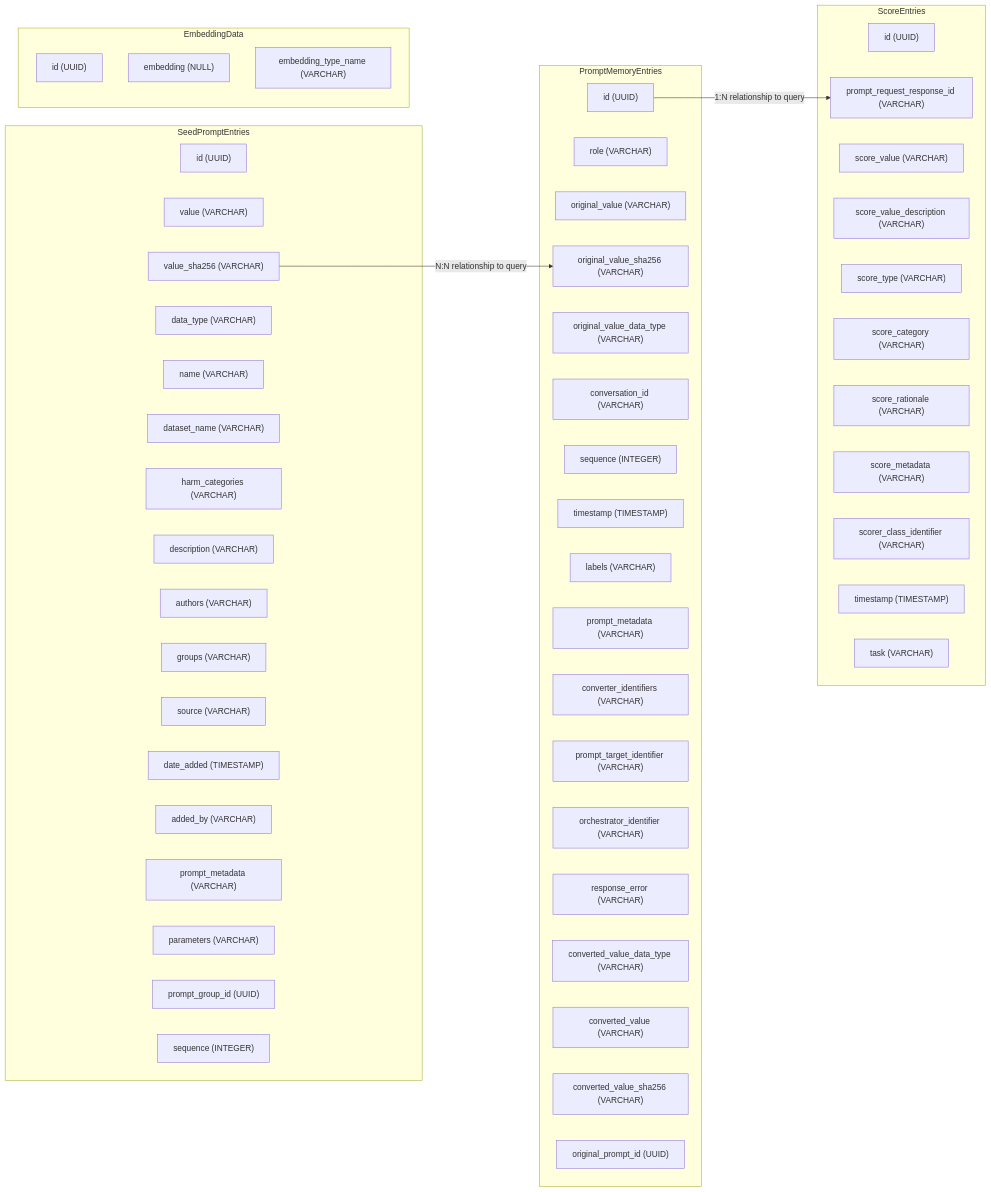
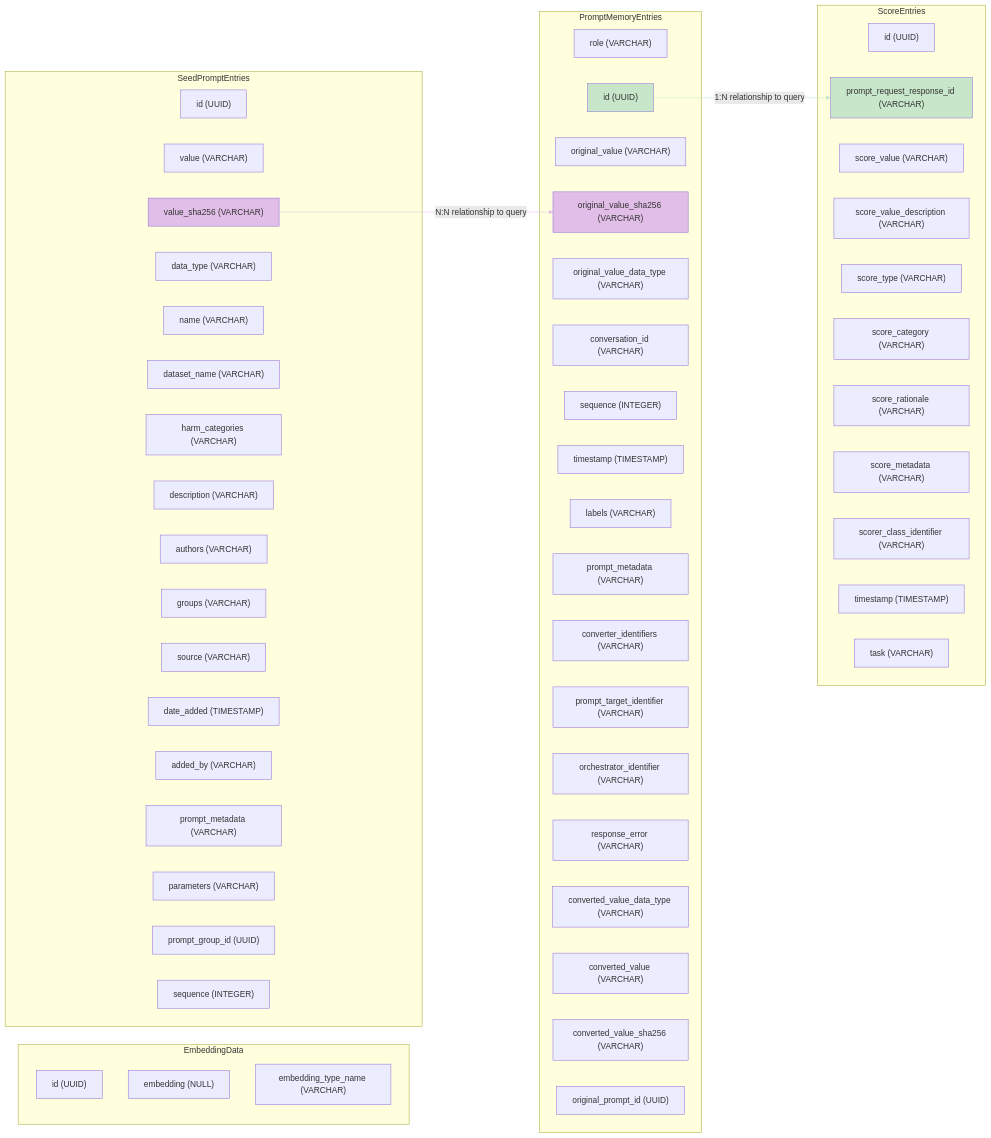
Before and after one commit to Azure/PyRIT: the diagram in doc/code/memory/10_schema_diagram.md, drawn with Mermaid.

Commit message:
Diagram added colors and pre-commit fix

````diff
--- a/doc/code/memory/10_schema_diagram.md
+++ b/doc/code/memory/10_schema_diagram.md
@@ -3,69 +5,69 @@
 ```mermaid
-graph LR
-    subgraph SeedPromptEntries
+flowchart LR
+ subgraph EmbeddingData["EmbeddingData"]
+        E_id["id (UUID)"]
+        E_embedding["embedding (NULL)"]
+        E_embedding_type_name["embedding_type_name (VARCHAR)"]
+  end
+ subgraph SeedPromptEntries["SeedPromptEntries"]
         S_id["id (UUID)"]
         S_value["value (VARCHAR)"]
         S_value_sha256["value_sha256 (VARCHAR)"]
         S_data_type["data_type (VARCHAR)"]
         S_name["name (VARCHAR)"]
         S_dataset_name["dataset_name (VARCHAR)"]
         S_harm_categories["harm_categories (VARCHAR)"]
         S_description["description (VARCHAR)"]
         S_authors["authors (VARCHAR)"]
         S_groups["groups (VARCHAR)"]
         S_source["source (VARCHAR)"]
         S_date_added["date_added (TIMESTAMP)"]
         S_added_by["added_by (VARCHAR)"]
         S_prompt_metadata["prompt_metadata (VARCHAR)"]
         S_parameters["parameters (VARCHAR)"]
         S_prompt_group_id["prompt_group_id (UUID)"]
         S_sequence["sequence (INTEGER)"]
-    end
-
-    subgraph PromptMemoryEntries
+  end
+ subgraph PromptMemoryEntries["PromptMemoryEntries"]
+        P_role["role (VARCHAR)"]
         P_id["id (UUID)"]
-        P_role["role (VARCHAR)"]
         P_original_value["original_value (VARCHAR)"]
         P_original_value_sha256["original_value_sha256 (VARCHAR)"]
         P_original_value_data_type["original_value_data_type (VARCHAR)"]
         P_conversation_id["conversation_id (VARCHAR)"]
         P_sequence["sequence (INTEGER)"]
         P_timestamp["timestamp (TIMESTAMP)"]
         P_labels["labels (VARCHAR)"]
         P_prompt_metadata["prompt_metadata (VARCHAR)"]
         P_converter_identifiers["converter_identifiers (VARCHAR)"]
         P_prompt_target_identifier["prompt_target_identifier (VARCHAR)"]
         P_orchestrator_identifier["orchestrator_identifier (VARCHAR)"]
         P_response_error["response_error (VARCHAR)"]
         P_converted_value_data_type["converted_value_data_type (VARCHAR)"]
         P_converted_value["converted_value (VARCHAR)"]
         P_converted_value_sha256["converted_value_sha256 (VARCHAR)"]
         P_original_prompt_id["original_prompt_id (UUID)"]
-    end
-
-    subgraph ScoreEntries
+  end
+ subgraph ScoreEntries["ScoreEntries"]
         Sc_id["id (UUID)"]
         Sc_prompt_request_response_id["prompt_request_response_id (VARCHAR)"]
         Sc_score_value["score_value (VARCHAR)"]
         Sc_score_value_description["score_value_description (VARCHAR)"]
         Sc_score_type["score_type (VARCHAR)"]
         Sc_score_category["score_category (VARCHAR)"]
         Sc_score_rationale["score_rationale (VARCHAR)"]
         Sc_score_metadata["score_metadata (VARCHAR)"]
         Sc_scorer_class_identifier["scorer_class_identifier (VARCHAR)"]
         Sc_timestamp["timestamp (TIMESTAMP)"]
         Sc_task["task (VARCHAR)"]
-    end
+  end
+    S_value_sha256 -- N:N relationship to query --> P_original_value_sha256
+    P_id -- 1:N relationship to query --> Sc_prompt_request_response_id
 
-    subgraph EmbeddingData
-        E_id["id (UUID)"]
-        E_embedding["embedding (NULL)"]
-        E_embedding_type_name["embedding_type_name (VARCHAR)"]
-    end
-
-    %% Relationship arrow
-    S_value_sha256 --> |N:N relationship to query| P_original_value_sha256
-    P_id --> |1:N relationship to query| Sc_prompt_request_response_id
-
-
+    style S_value_sha256 fill:#E1BEE7
+    style P_id fill:#C8E6C9
+    style P_original_value_sha256 fill:#E1BEE7
+    style Sc_prompt_request_response_id fill:#C8E6C9
+    linkStyle 0 stroke:#E1BEE7,fill:none
+    linkStyle 1 stroke:#C8E6C9
 ```
````
